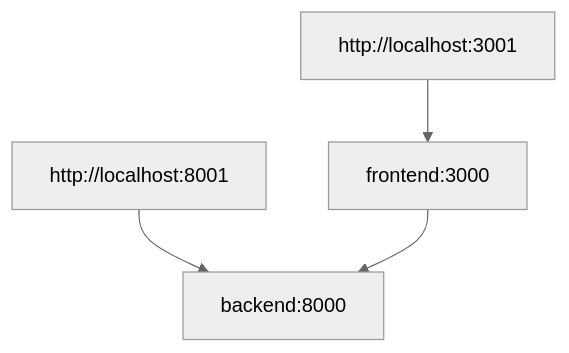
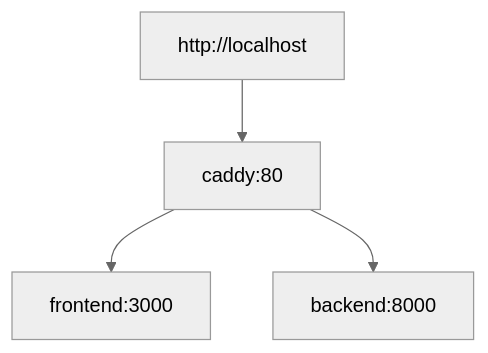
Before and after one commit to batty211/immigration-ai-office: the second of 2 diagrams in docs/ARCHITECTURE.md, drawn with Mermaid (neutral theme). The commit also changed other lines of this file and 9 other files, not shown here.

Commit message:
fix(caddy): restore reverse proxy architecture

````diff
--- a/docs/ARCHITECTURE.md
+++ b/docs/ARCHITECTURE.md
@@ -36,6 +39,6 @@
 ```mermaid
 flowchart TD
-    FrontendURL["http://localhost:3001"] --> Frontend["frontend:3000"]
-    BackendURL["http://localhost:8001"] --> Backend["backend:8000"]
-    Frontend --> Backend
+    BrowserURL["http://localhost"] --> Caddy["caddy:80"]
+    Caddy --> Frontend["frontend:3000"]
+    Caddy --> Backend["backend:8000"]
 ```
````
